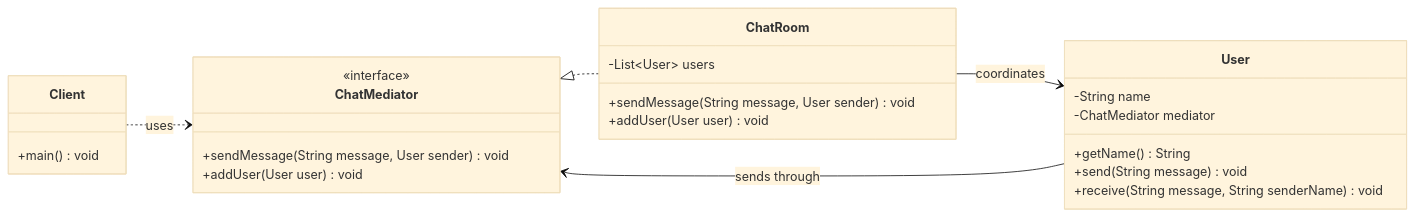
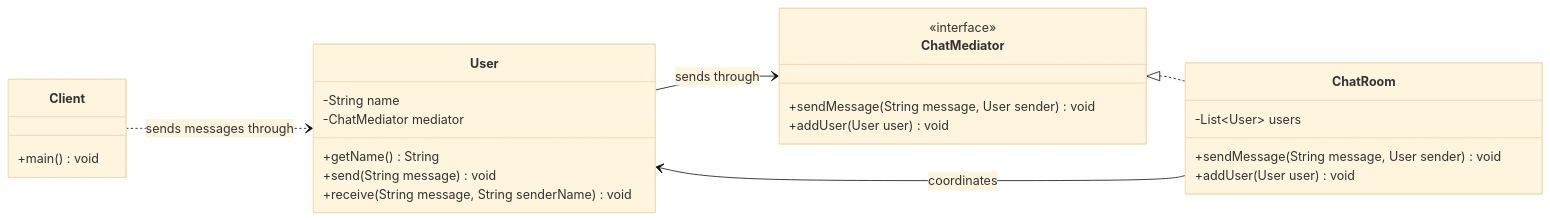
Before and after one commit to AhmedYasserEssam/Studying_Software_Design_and_Development: the fourth of 5 diagrams in behavioral_design_patterns/Behavioral_Design_Patterns_Guide.md, drawn with Mermaid (base theme).

Commit message:
docs: fix mediator UML diagram

````diff
--- a/behavioral_design_patterns/Behavioral_Design_Patterns_Guide.md
+++ b/behavioral_design_patterns/Behavioral_Design_Patterns_Guide.md
@@ -501,33 +501,33 @@
 ```mermaid
 classDiagram
     direction LR
 
     class Client {
         +main() void
     }
 
     class ChatMediator {
         <<interface>>
         +sendMessage(String message, User sender) void
         +addUser(User user) void
     }
 
     class ChatRoom {
         -List~User~ users
         +sendMessage(String message, User sender) void
         +addUser(User user) void
     }
 
     class User {
         -String name
         -ChatMediator mediator
         +getName() String
         +send(String message) void
         +receive(String message, String senderName) void
     }
 
-    Client ..> ChatMediator : uses
+    Client ..> User : sends messages through
     ChatMediator <|.. ChatRoom
     User --> ChatMediator : sends through
     ChatRoom --> User : coordinates
 ```
````
